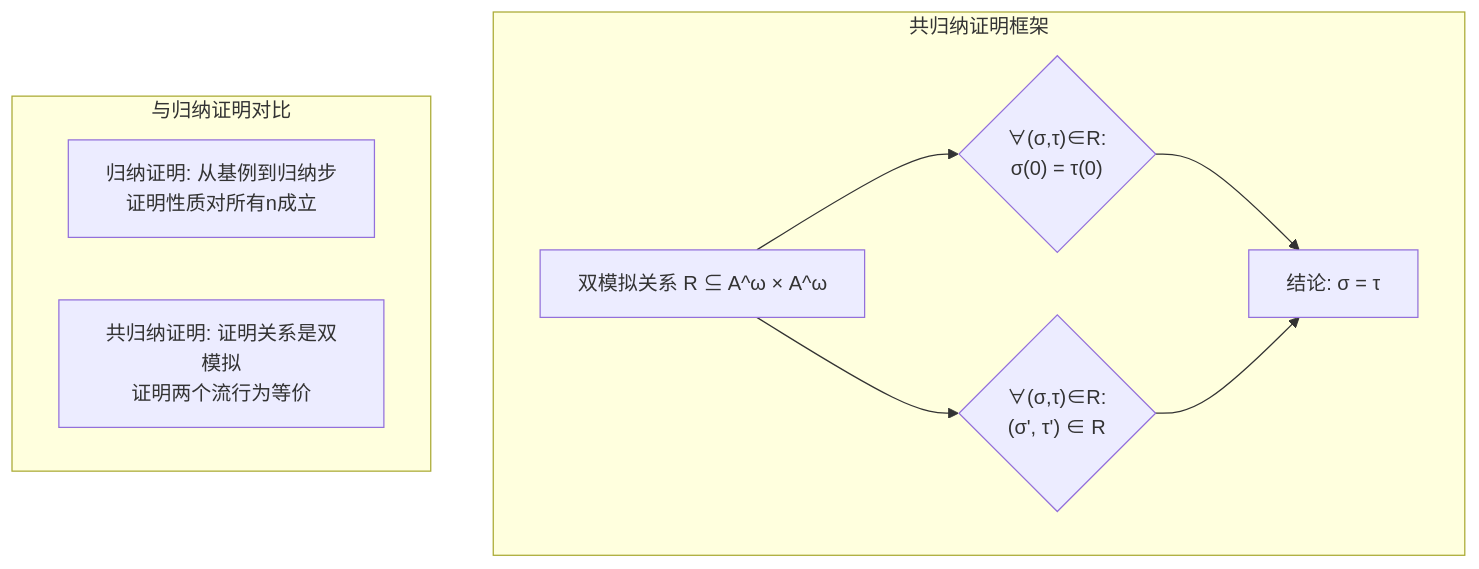
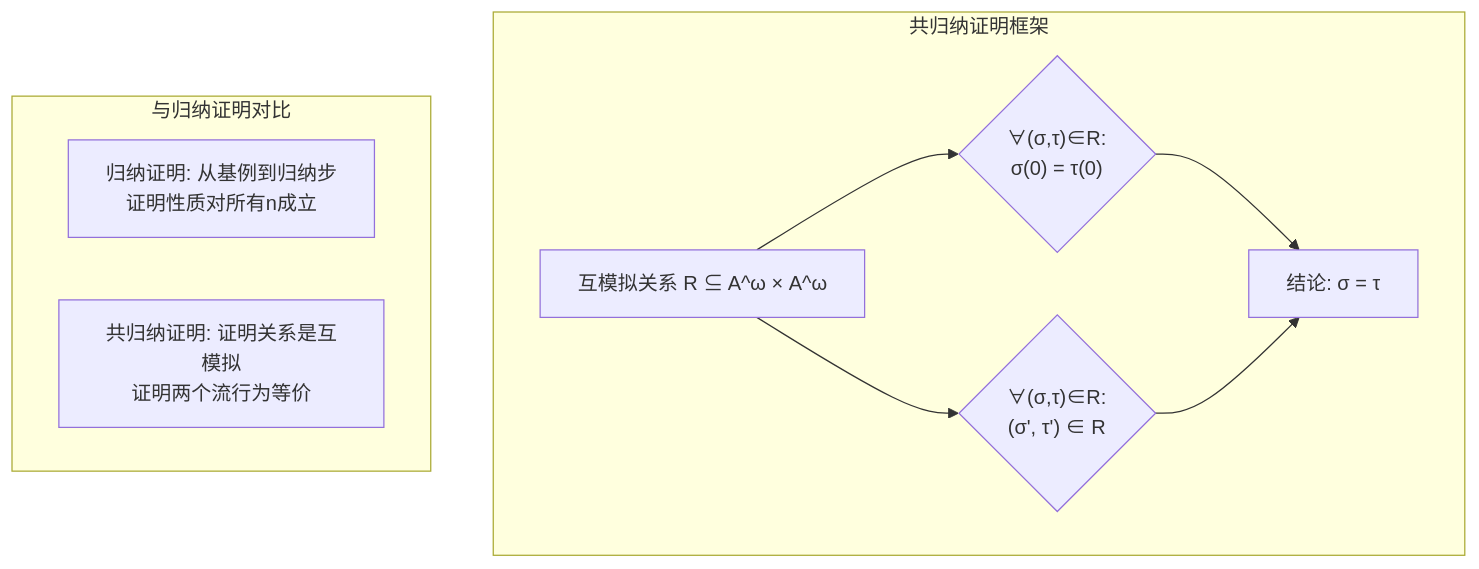
One commit to AdaMartin18010/AnalysisDataFlow changed the third of 4 diagrams in formal-methods/02-calculi/03-stream-calculus/01-stream-calculus.md. Above: the diagram before and after it, drawn with Mermaid. The commit also changed other lines of this file and 129 other files, not shown here.

````diff
--- a/formal-methods/02-calculi/03-stream-calculus/01-stream-calculus.md
+++ b/formal-methods/02-calculi/03-stream-calculus/01-stream-calculus.md
@@ -426,19 +428,19 @@
 ```mermaid
 graph TB
     subgraph "共归纳证明框架"
-        R["双模拟关系 R ⊆ A^ω × A^ω"]
+        R["互模拟关系 R ⊆ A^ω × A^ω"]
         COND1{"∀(σ,τ)∈R:<br/>σ(0) = τ(0)"}
         COND2{"∀(σ,τ)∈R:<br/>(σ', τ') ∈ R"}
         CONCL["结论: σ = τ"]
 
         R --> COND1
         R --> COND2
         COND1 --> CONCL
         COND2 --> CONCL
     end
 
     subgraph "与归纳证明对比"
         IND["归纳证明: 从基例到归纳步<br/>证明性质对所有n成立"]
-        COIND["共归纳证明: 证明关系是双模拟<br/>证明两个流行为等价"]
+        COIND["共归纳证明: 证明关系是互模拟<br/>证明两个流行为等价"]
     end
 ```
````
